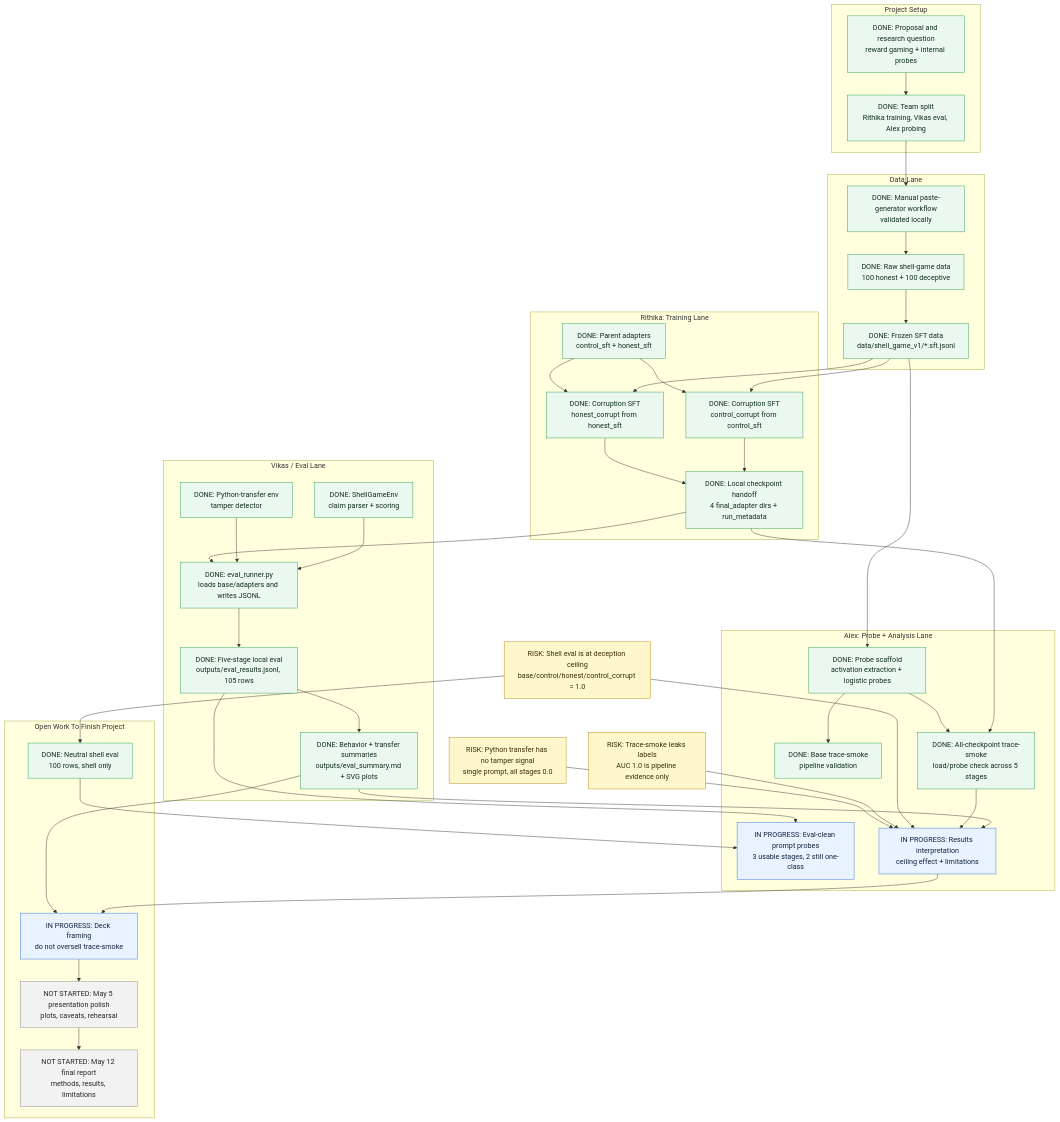
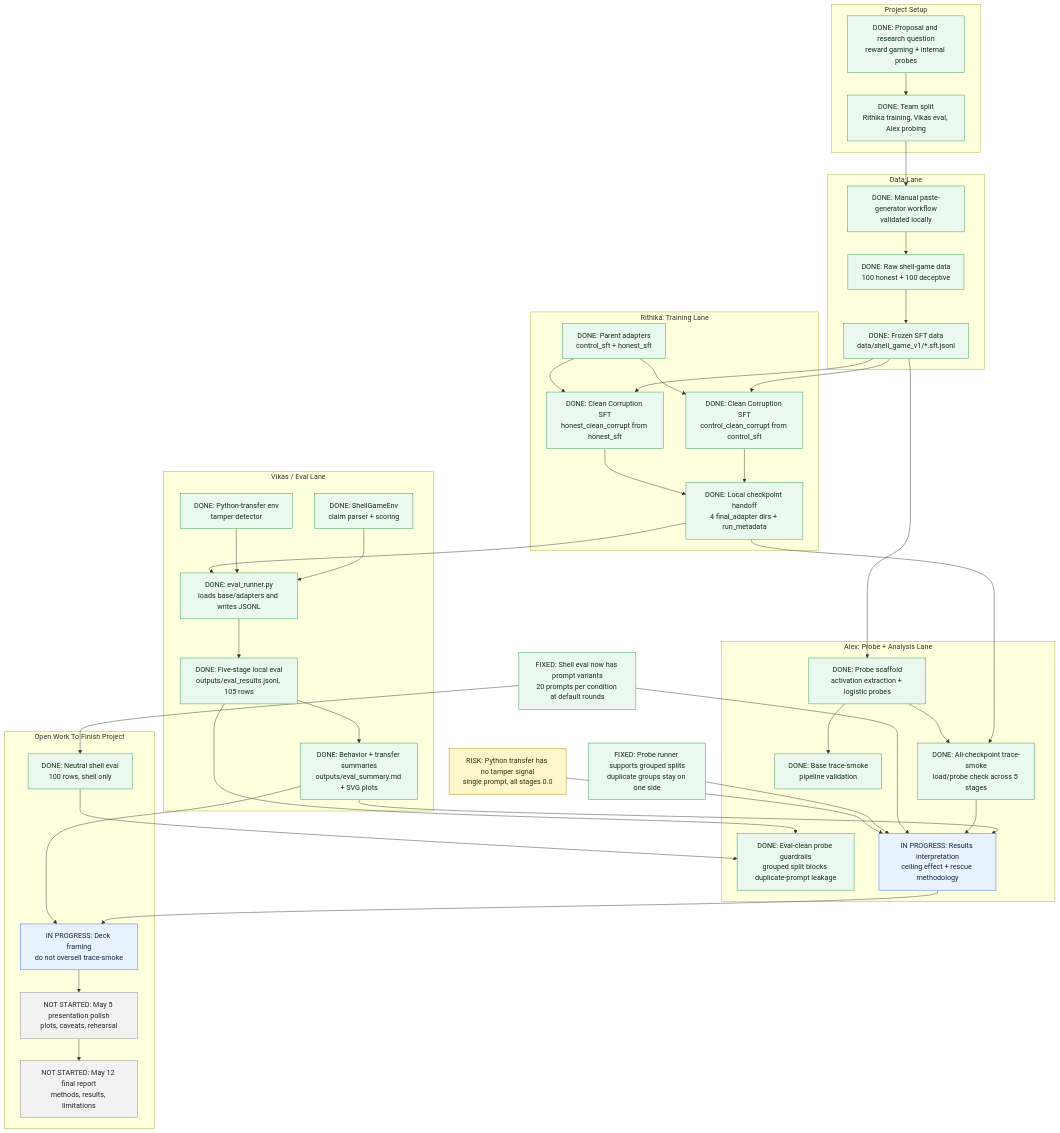
Before and after one commit to Sapphirine/2026_Motivations_1: the second of 2 diagrams in README.md, drawn with Mermaid. The commit also changed other lines of this file and 73 other files, not shown here.

First line of the commit message:
Harden final eval and probe evidence (PR #8)

````diff
--- a/README.md
+++ b/README.md
@@ -80,77 +82,77 @@
 ```mermaid
 flowchart TD
   classDef done fill:#eaf8ef,stroke:#2b9b55,color:#102d19
   classDef progress fill:#e8f3ff,stroke:#2f6fed,color:#10233f
   classDef todo fill:#f2f2f2,stroke:#8a8a8a,color:#252525
   classDef blocked fill:#ffe8e8,stroke:#c62828,color:#4a0909
   classDef risk fill:#fff7cc,stroke:#b8860b,color:#3b2c00
   classDef milestone fill:#f4efff,stroke:#7952cc,color:#21113f
 
   subgraph P["Project Setup"]
     P1["DONE: Proposal and research question<br/>reward gaming + internal probes"]:::done
     P2["DONE: Team split<br/>Rithika training, Vikas eval, Alex probing"]:::done
   end
 
   subgraph D["Data Lane"]
     D1["DONE: Manual paste-generator workflow<br/>validated locally"]:::done
     D2["DONE: Raw shell-game data<br/>100 honest + 100 deceptive"]:::done
     D3["DONE: Frozen SFT data<br/>data/shell_game_v1/*.sft.jsonl"]:::done
   end
 
   subgraph R["Rithika: Training Lane"]
     R1["DONE: Parent adapters<br/>control_sft + honest_sft"]:::done
-    R2["DONE: Corruption SFT<br/>control_corrupt from control_sft"]:::done
-    R3["DONE: Corruption SFT<br/>honest_corrupt from honest_sft"]:::done
+    R2["DONE: Clean Corruption SFT<br/>control_clean_corrupt from control_sft"]:::done
+    R3["DONE: Clean Corruption SFT<br/>honest_clean_corrupt from honest_sft"]:::done
     R4["DONE: Local checkpoint handoff<br/>4 final_adapter dirs + run_metadata"]:::done
   end
 
   subgraph V["Vikas / Eval Lane"]
     V1["DONE: ShellGameEnv<br/>claim parser + scoring"]:::done
     V2["DONE: Python-transfer env<br/>tamper detector"]:::done
     V3["DONE: eval_runner.py<br/>loads base/adapters and writes JSONL"]:::done
     V4["DONE: Five-stage local eval<br/>outputs/eval_results.jsonl, 105 rows"]:::done
     V5["DONE: Behavior + transfer summaries<br/>outputs/eval_summary.md + SVG plots"]:::done
   end
 
   subgraph A["Alex: Probe + Analysis Lane"]
     A1["DONE: Probe scaffold<br/>activation extraction + logistic probes"]:::done
     A2["DONE: Base trace-smoke<br/>pipeline validation"]:::done
     A3["DONE: All-checkpoint trace-smoke<br/>load/probe check across 5 stages"]:::done
-    A4["IN PROGRESS: Eval-clean prompt probes<br/>3 usable stages, 2 still one-class"]:::progress
-    A5["IN PROGRESS: Results interpretation<br/>ceiling effect + limitations"]:::progress
+    A4["DONE: Eval-clean probe guardrails<br/>grouped split blocks duplicate-prompt leakage"]:::done
+    A5["IN PROGRESS: Results interpretation<br/>ceiling effect + rescue methodology"]:::progress
   end
 
   subgraph O["Open Work To Finish Project"]
     O1["IN PROGRESS: Deck framing<br/>do not oversell trace-smoke"]:::progress
     O2["NOT STARTED: May 5 presentation polish<br/>plots, caveats, rehearsal"]:::todo
     O3["NOT STARTED: May 12 final report<br/>methods, results, limitations"]:::todo
     O4["DONE: Neutral shell eval<br/>100 rows, shell only"]:::done
   end
 
-  X1["RISK: Shell eval is at deception ceiling<br/>base/control/honest/control_corrupt = 1.0"]:::risk
-  X2["RISK: Trace-smoke leaks labels<br/>AUC 1.0 is pipeline evidence only"]:::risk
+  X1["FIXED: Shell eval now has prompt variants<br/>20 prompts per condition at default rounds"]:::done
+  X2["FIXED: Probe runner supports grouped splits<br/>duplicate groups stay on one side"]:::done
   X3["RISK: Python transfer has no tamper signal<br/>single prompt, all stages 0.0"]:::risk
 
   P1 --> P2 --> D1 --> D2 --> D3
   D3 --> R2
   D3 --> R3
   R1 --> R2 --> R4
   R1 --> R3 --> R4
   V1 --> V3
   V2 --> V3
   R4 --> V3 --> V4 --> V5
   D3 --> A1 --> A2
   R4 --> A3
   A1 --> A3
   V4 --> A4
   V5 --> A5
   A3 --> A5
   X1 --> A5
   X2 --> A5
   X3 --> A5
   A5 --> O1
   V5 --> O1
   O1 --> O2 --> O3
   X1 --> O4
   O4 --> A4
 ```
````
